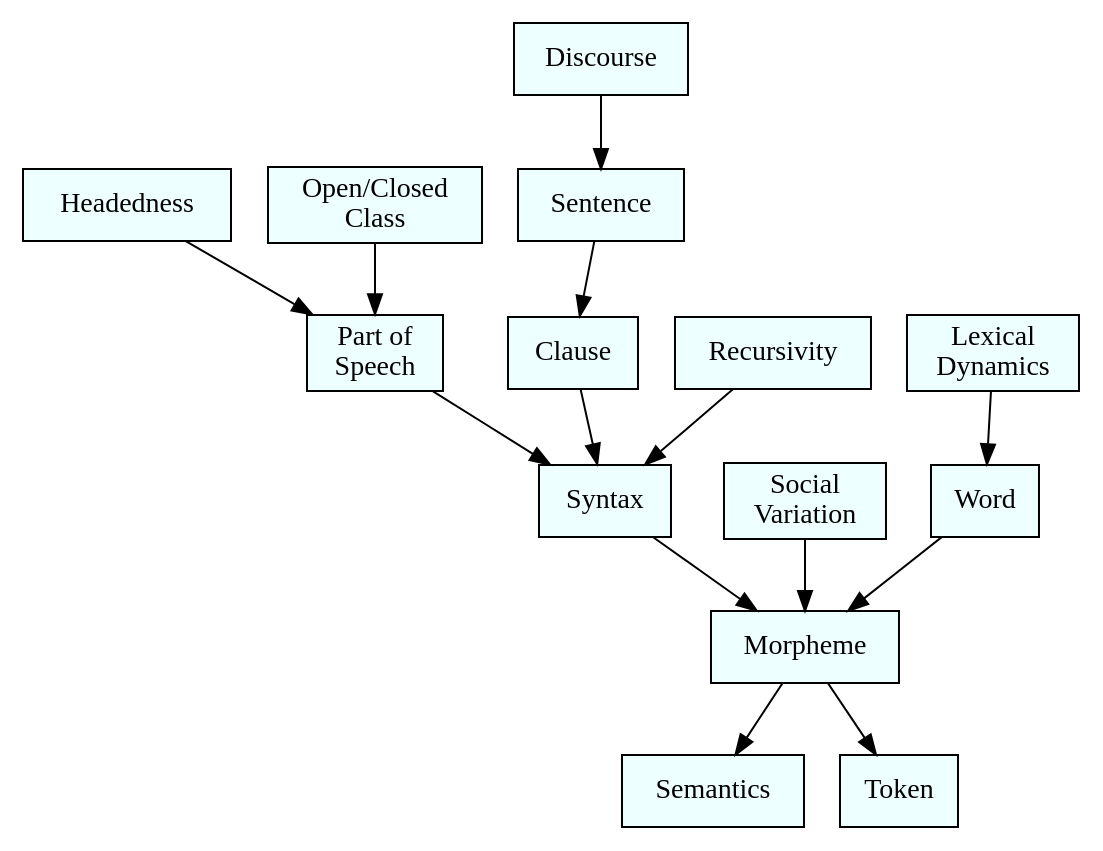
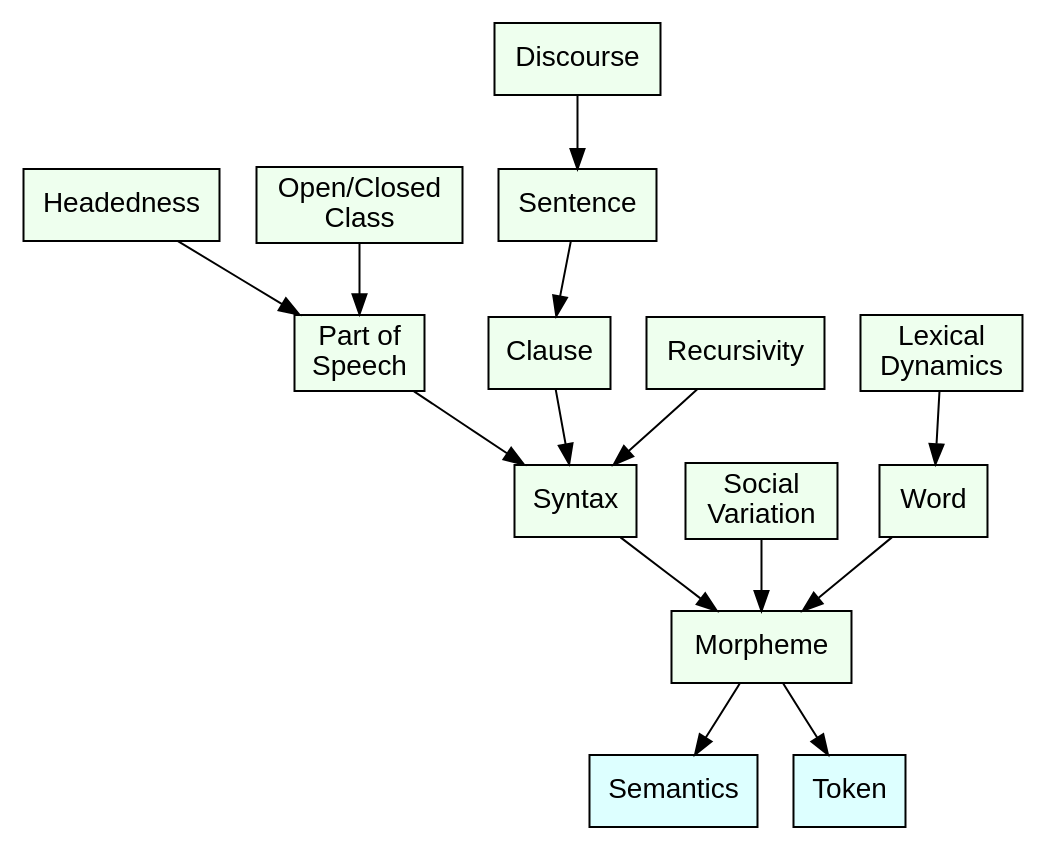
The diagram in src/figures/linguistic-dag.dot (brendon-boldt/thesis), drawn with Graphviz before and after one commit. The commit also changed 1 other file, not shown here.

Commit message:
Change DAG font to sans-serif

```diff
--- a/src/figures/linguistic-dag.dot
+++ b/src/figures/linguistic-dag.dot
@@ -1,23 +1,27 @@
 digraph G {
-  rankdir=TD;
-  node [shape="box", fillcolor="#eeffff", style="filled"];
+  rankdir=TD
+  node [shape="box", fillcolor="#eeffee", style="filled", fontname="sans-serif"];
 
   Word -> Morpheme;
   Morpheme -> Semantics;
   Pos -> Syntax;
   Headedness -> Pos;
   Morpheme -> Token;
   Syntax -> Morpheme;
   Lexdyn -> Word;
   Socvar -> Morpheme;
   Sentence -> Clause;
   Recursivity -> Syntax;
   Clause -> Syntax;
   Opcl_class -> Pos;
   Discourse -> Sentence;
 
+
+  Semantics [fillcolor="#ddffff"];
+  Token [fillcolor="#ddffff"];
+
   Socvar [label="Social\nVariation"];
   Opcl_class [label="Open/Closed\nClass"];
   Lexdyn [label="Lexical\nDynamics"];
   Pos [label="Part of\nSpeech"];
 }
```
